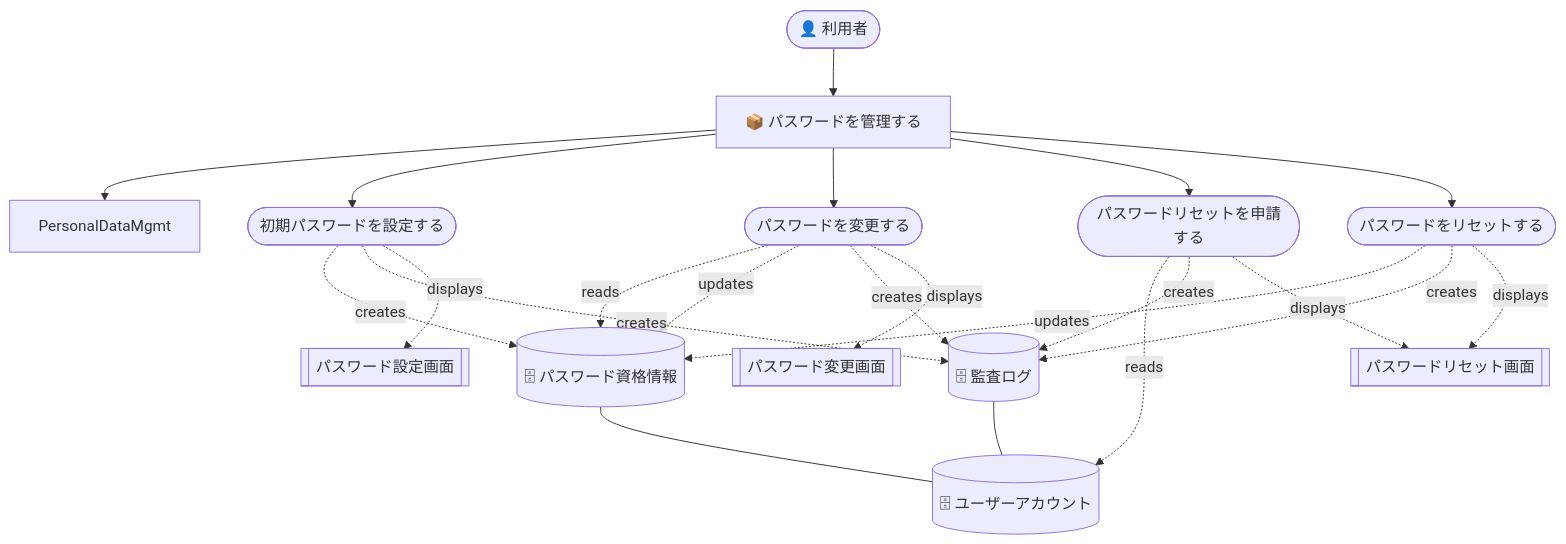
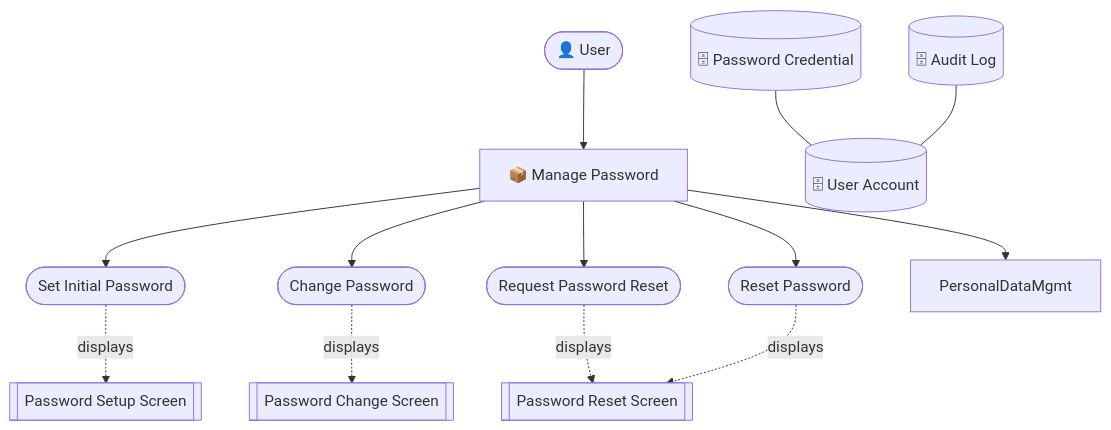
One commit to manji-0/rdra-ish-dsl changed the diagram in samples/personal-info/out/rdra_buc_bucpassword.mmd. Above: the diagram before and after it, drawn with Mermaid. The commit also changed 97 other files, not shown here.

```diff
--- a/samples/personal-info/out/rdra_buc_bucpassword.mmd
+++ b/samples/personal-info/out/rdra_buc_bucpassword.mmd
@@ -1,34 +1,25 @@
 graph TD
-  User(["👤 利用者"])
-  ChangePassword(["パスワードを変更する"])
-  RequestPasswordReset(["パスワードリセットを申請する"])
-  ResetPassword(["パスワードをリセットする"])
-  SetInitialPassword(["初期パスワードを設定する"])
-  BucPassword["📦 パスワードを管理する"]
-  AuditLog[("🗄 監査ログ")]
-  PasswordCredential[("🗄 パスワード資格情報")]
-  UserAccount[("🗄 ユーザーアカウント")]
-  PasswordChangeScreen[["パスワード変更画面"]]
-  PasswordResetScreen[["パスワードリセット画面"]]
-  PasswordSetScreen[["パスワード設定画面"]]
+  User(["👤 User"])
+  ChangePassword(["Change Password"])
+  RequestPasswordReset(["Request Password Reset"])
+  ResetPassword(["Reset Password"])
+  SetInitialPassword(["Set Initial Password"])
+  BucPassword["📦 Manage Password"]
+  AuditLog[("🗄 Audit Log")]
+  PasswordCredential[("🗄 Password Credential")]
+  UserAccount[("🗄 User Account")]
+  PasswordChangeScreen[["Password Change Screen"]]
+  PasswordResetScreen[["Password Reset Screen"]]
+  PasswordSetScreen[["Password Setup Screen"]]
   User --> BucPassword
   BucPassword --> PersonalDataMgmt
   BucPassword --> SetInitialPassword
   BucPassword --> ChangePassword
   BucPassword --> RequestPasswordReset
   BucPassword --> ResetPassword
   PasswordCredential --- UserAccount
   AuditLog --- UserAccount
-  SetInitialPassword -.->|creates| PasswordCredential
-  SetInitialPassword -.->|creates| AuditLog
   SetInitialPassword -.->|displays| PasswordSetScreen
-  ChangePassword -.->|reads| PasswordCredential
-  ChangePassword -.->|updates| PasswordCredential
-  ChangePassword -.->|creates| AuditLog
   ChangePassword -.->|displays| PasswordChangeScreen
-  RequestPasswordReset -.->|reads| UserAccount
-  RequestPasswordReset -.->|creates| AuditLog
   RequestPasswordReset -.->|displays| PasswordResetScreen
-  ResetPassword -.->|updates| PasswordCredential
-  ResetPassword -.->|creates| AuditLog
   ResetPassword -.->|displays| PasswordResetScreen
```
